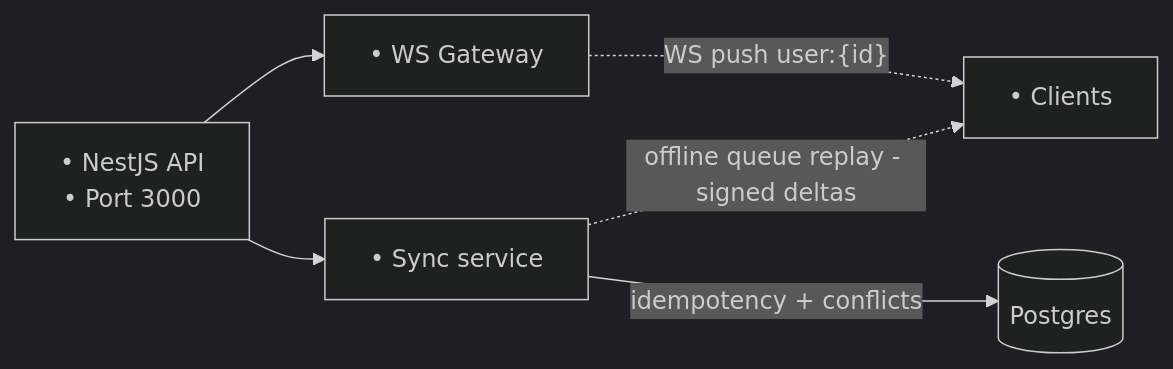
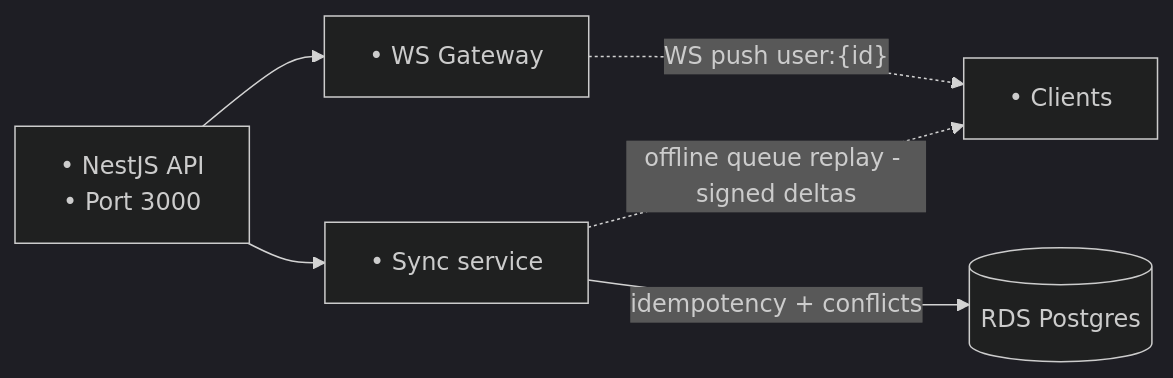
One commit to urlsalimbot/THESIS1-KAPWA changed the third of 3 diagrams in docs/diagrams/08-system-architecture.md. Above: the diagram before and after it, drawn with Mermaid (dark theme). The commit also changed other lines of this file and 1 other file, not shown here.

First line of the commit message:
docs(architecture): describe the AWS production topology

````diff
--- a/docs/diagrams/08-system-architecture.md
+++ b/docs/diagrams/08-system-architecture.md
@@ -92,14 +94,14 @@
 ```mermaid
 flowchart LR
     API["• NestJS API<br/>• Port 3000"]
     GW["• WS Gateway"]
     SyncS["• Sync service"]
     WEB["• Clients"]
-    PG[("Postgres")]
+    PG[("RDS Postgres")]
 
     API --> GW
     API --> SyncS
     GW -.->|"WS push user:{id}"| WEB
     SyncS -.->|"offline queue replay - signed deltas"| WEB
     SyncS -->|"idempotency + conflicts"| PG
 ```
````
